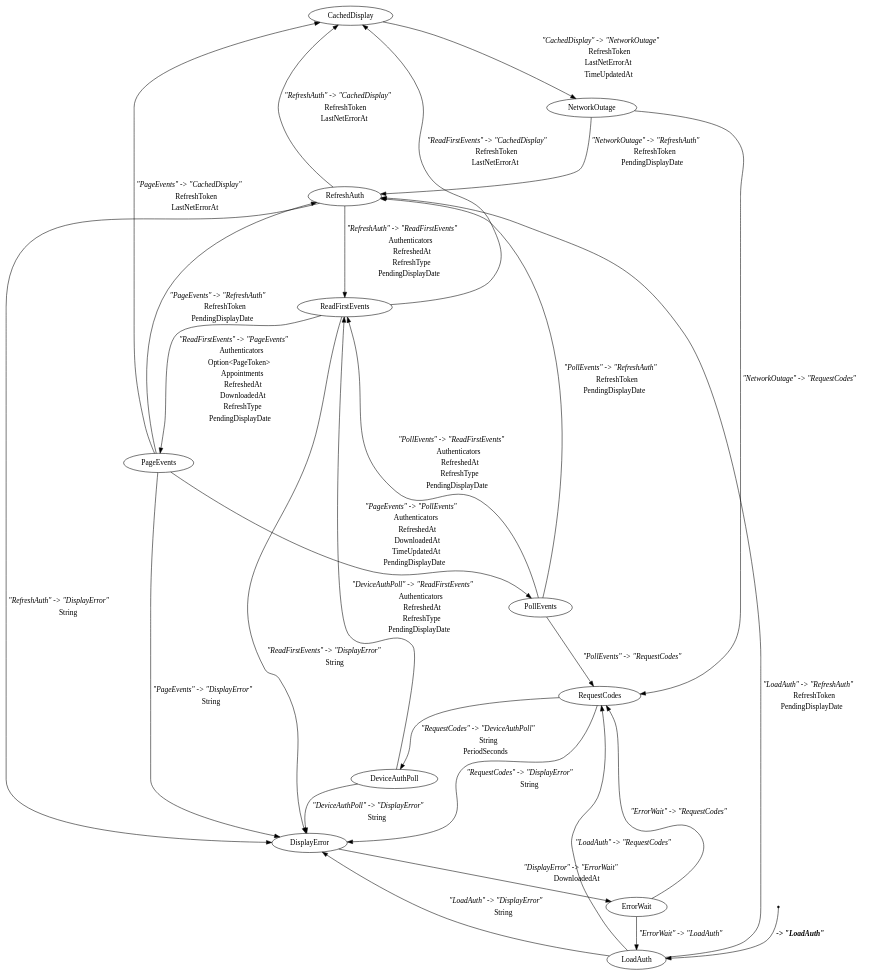
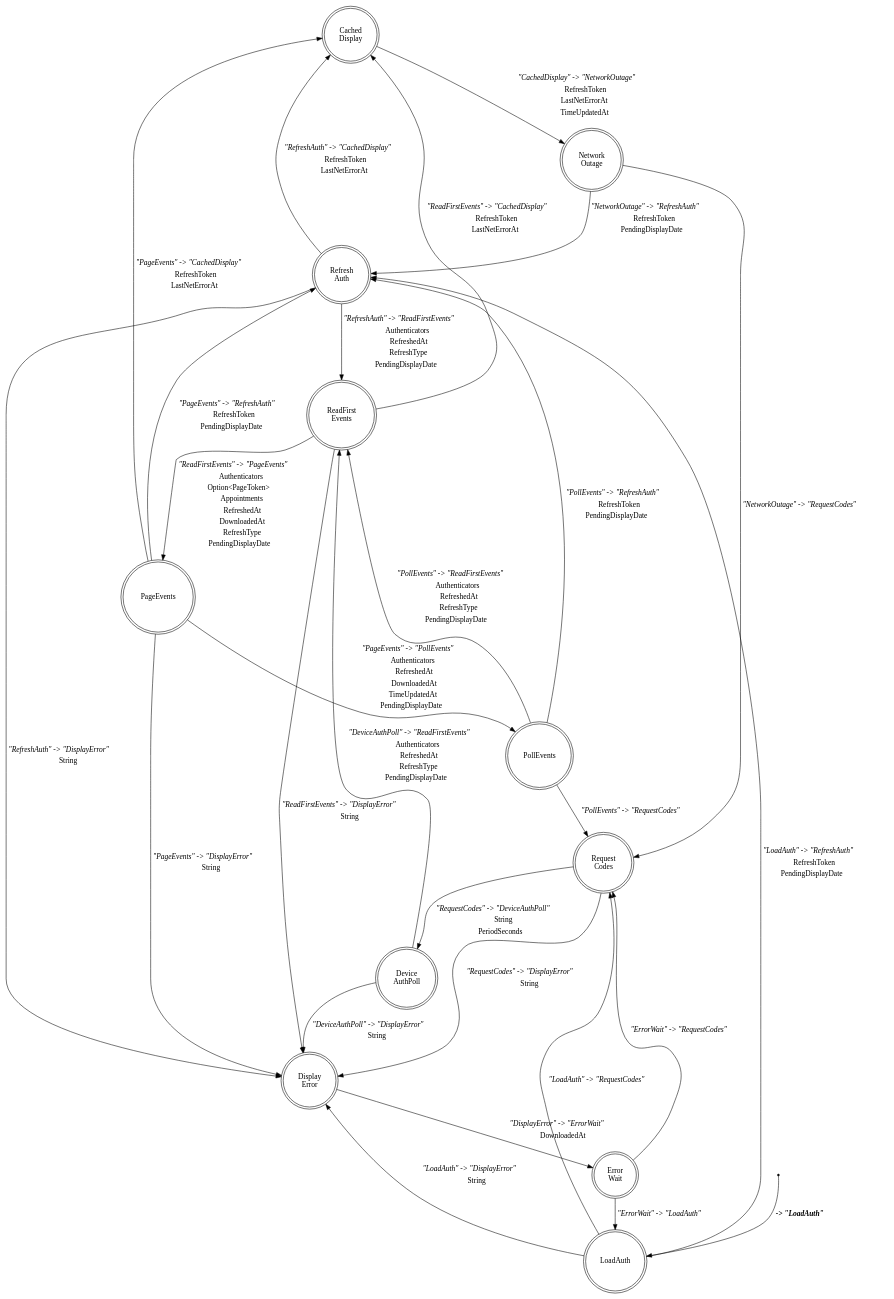
One commit to kieranjwhite/calendar_mirror changed the diagram in docs/cal_machine.dot. Above: the diagram before and after it, drawn with Graphviz. The commit also changed 5 other files, not shown here.

```diff
--- a/docs/cal_machine.dot
+++ b/docs/cal_machine.dot
@@ -1,41 +1,41 @@
 digraph cal_stm {
-    CachedDisplay[label="CachedDisplay"][shape="ellipse"];
-    DeviceAuthPoll[label="DeviceAuthPoll"][shape="ellipse"];
-    DisplayError[label="DisplayError"][shape="ellipse"];
-    ErrorWait[label="ErrorWait"][shape="ellipse"];
-    LoadAuth[label="LoadAuth"][shape="ellipse"];
-    NetworkOutage[label="NetworkOutage"][shape="ellipse"];
-    PageEvents[label="PageEvents"][shape="ellipse"];
-    PollEvents[label="PollEvents"][shape="ellipse"];
-    ReadFirstEvents[label="ReadFirstEvents"][shape="ellipse"];
-    RefreshAuth[label="RefreshAuth"][shape="ellipse"];
-    RequestCodes[label="RequestCodes"][shape="ellipse"];
+    CachedDisplay[label="Cached\nDisplay"][shape="doublecircle"];
+    DeviceAuthPoll[label="Device\nAuthPoll"][shape="doublecircle"];
+    DisplayError[label="Display\nError"][shape="doublecircle"];
+    ErrorWait[label="Error\nWait"][shape="doublecircle"];
+    LoadAuth[label="LoadAuth"][shape="doublecircle"];
+    NetworkOutage[label="Network\nOutage"][shape="doublecircle"];
+    PageEvents[label="PageEvents"][shape="doublecircle"];
+    PollEvents[label="PollEvents"][shape="doublecircle"];
+    ReadFirstEvents[label="ReadFirst\nEvents"][shape="doublecircle"];
+    RefreshAuth[label="Refresh\nAuth"][shape="doublecircle"];
+    RequestCodes[label="Request\nCodes"][shape="doublecircle"];
     _start[label="_start"][shape="point"];
     _start -> LoadAuth[label=<<TABLE BORDER="0"><TR><TD><B><I> -&gt; "LoadAuth"</I></B></TD></TR></TABLE>>];
     ErrorWait -> LoadAuth[label=<<TABLE BORDER="0"><TR><TD><I>"ErrorWait" -&gt; "LoadAuth"</I></TD></TR></TABLE>>];
     DisplayError -> ErrorWait[label=<<TABLE BORDER="0"><TR><TD><I>"DisplayError" -&gt; "ErrorWait"</I></TD></TR><TR><TD>DownloadedAt</TD></TR></TABLE>>];
     ErrorWait -> RequestCodes[label=<<TABLE BORDER="0"><TR><TD><I>"ErrorWait" -&gt; "RequestCodes"</I></TD></TR></TABLE>>];
     LoadAuth -> RequestCodes[label=<<TABLE BORDER="0"><TR><TD><I>"LoadAuth" -&gt; "RequestCodes"</I></TD></TR></TABLE>>];
     NetworkOutage -> RequestCodes[label=<<TABLE BORDER="0"><TR><TD><I>"NetworkOutage" -&gt; "RequestCodes"</I></TD></TR></TABLE>>];
     PollEvents -> RequestCodes[label=<<TABLE BORDER="0"><TR><TD><I>"PollEvents" -&gt; "RequestCodes"</I></TD></TR></TABLE>>];
     LoadAuth -> RefreshAuth[label=<<TABLE BORDER="0"><TR><TD><I>"LoadAuth" -&gt; "RefreshAuth"</I></TD></TR><TR><TD>RefreshToken</TD></TR><TR><TD>PendingDisplayDate</TD></TR></TABLE>>];
     NetworkOutage -> RefreshAuth[label=<<TABLE BORDER="0"><TR><TD><I>"NetworkOutage" -&gt; "RefreshAuth"</I></TD></TR><TR><TD>RefreshToken</TD></TR><TR><TD>PendingDisplayDate</TD></TR></TABLE>>];
     PageEvents -> RefreshAuth[label=<<TABLE BORDER="0"><TR><TD><I>"PageEvents" -&gt; "RefreshAuth"</I></TD></TR><TR><TD>RefreshToken</TD></TR><TR><TD>PendingDisplayDate</TD></TR></TABLE>>];
     PollEvents -> RefreshAuth[label=<<TABLE BORDER="0"><TR><TD><I>"PollEvents" -&gt; "RefreshAuth"</I></TD></TR><TR><TD>RefreshToken</TD></TR><TR><TD>PendingDisplayDate</TD></TR></TABLE>>];
     DeviceAuthPoll -> ReadFirstEvents[label=<<TABLE BORDER="0"><TR><TD><I>"DeviceAuthPoll" -&gt; "ReadFirstEvents"</I></TD></TR><TR><TD>Authenticators</TD></TR><TR><TD>RefreshedAt</TD></TR><TR><TD>RefreshType</TD></TR><TR><TD>PendingDisplayDate</TD></TR></TABLE>>];
     RefreshAuth -> ReadFirstEvents[label=<<TABLE BORDER="0"><TR><TD><I>"RefreshAuth" -&gt; "ReadFirstEvents"</I></TD></TR><TR><TD>Authenticators</TD></TR><TR><TD>RefreshedAt</TD></TR><TR><TD>RefreshType</TD></TR><TR><TD>PendingDisplayDate</TD></TR></TABLE>>];
     PollEvents -> ReadFirstEvents[label=<<TABLE BORDER="0"><TR><TD><I>"PollEvents" -&gt; "ReadFirstEvents"</I></TD></TR><TR><TD>Authenticators</TD></TR><TR><TD>RefreshedAt</TD></TR><TR><TD>RefreshType</TD></TR><TR><TD>PendingDisplayDate</TD></TR></TABLE>>];
     RequestCodes -> DeviceAuthPoll[label=<<TABLE BORDER="0"><TR><TD><I>"RequestCodes" -&gt; "DeviceAuthPoll"</I></TD></TR><TR><TD>String</TD></TR><TR><TD>PeriodSeconds</TD></TR></TABLE>>];
     LoadAuth -> DisplayError[label=<<TABLE BORDER="0"><TR><TD><I>"LoadAuth" -&gt; "DisplayError"</I></TD></TR><TR><TD>String</TD></TR></TABLE>>];
     PageEvents -> DisplayError[label=<<TABLE BORDER="0"><TR><TD><I>"PageEvents" -&gt; "DisplayError"</I></TD></TR><TR><TD>String</TD></TR></TABLE>>];
     DeviceAuthPoll -> DisplayError[label=<<TABLE BORDER="0"><TR><TD><I>"DeviceAuthPoll" -&gt; "DisplayError"</I></TD></TR><TR><TD>String</TD></TR></TABLE>>];
     ReadFirstEvents -> DisplayError[label=<<TABLE BORDER="0"><TR><TD><I>"ReadFirstEvents" -&gt; "DisplayError"</I></TD></TR><TR><TD>String</TD></TR></TABLE>>];
     RefreshAuth -> DisplayError[label=<<TABLE BORDER="0"><TR><TD><I>"RefreshAuth" -&gt; "DisplayError"</I></TD></TR><TR><TD>String</TD></TR></TABLE>>];
     RequestCodes -> DisplayError[label=<<TABLE BORDER="0"><TR><TD><I>"RequestCodes" -&gt; "DisplayError"</I></TD></TR><TR><TD>String</TD></TR></TABLE>>];
     ReadFirstEvents -> PageEvents[label=<<TABLE BORDER="0"><TR><TD><I>"ReadFirstEvents" -&gt; "PageEvents"</I></TD></TR><TR><TD>Authenticators</TD></TR><TR><TD>Option&lt;PageToken&gt;</TD></TR><TR><TD>Appointments</TD></TR><TR><TD>RefreshedAt</TD></TR><TR><TD>DownloadedAt</TD></TR><TR><TD>RefreshType</TD></TR><TR><TD>PendingDisplayDate</TD></TR></TABLE>>];
     PageEvents -> PollEvents[label=<<TABLE BORDER="0"><TR><TD><I>"PageEvents" -&gt; "PollEvents"</I></TD></TR><TR><TD>Authenticators</TD></TR><TR><TD>RefreshedAt</TD></TR><TR><TD>DownloadedAt</TD></TR><TR><TD>TimeUpdatedAt</TD></TR><TR><TD>PendingDisplayDate</TD></TR></TABLE>>];
     RefreshAuth -> CachedDisplay[label=<<TABLE BORDER="0"><TR><TD><I>"RefreshAuth" -&gt; "CachedDisplay"</I></TD></TR><TR><TD>RefreshToken</TD></TR><TR><TD>LastNetErrorAt</TD></TR></TABLE>>];
     ReadFirstEvents -> CachedDisplay[label=<<TABLE BORDER="0"><TR><TD><I>"ReadFirstEvents" -&gt; "CachedDisplay"</I></TD></TR><TR><TD>RefreshToken</TD></TR><TR><TD>LastNetErrorAt</TD></TR></TABLE>>];
     PageEvents -> CachedDisplay[label=<<TABLE BORDER="0"><TR><TD><I>"PageEvents" -&gt; "CachedDisplay"</I></TD></TR><TR><TD>RefreshToken</TD></TR><TR><TD>LastNetErrorAt</TD></TR></TABLE>>];
     CachedDisplay -> NetworkOutage[label=<<TABLE BORDER="0"><TR><TD><I>"CachedDisplay" -&gt; "NetworkOutage"</I></TD></TR><TR><TD>RefreshToken</TD></TR><TR><TD>LastNetErrorAt</TD></TR><TR><TD>TimeUpdatedAt</TD></TR></TABLE>>];
 }
```
